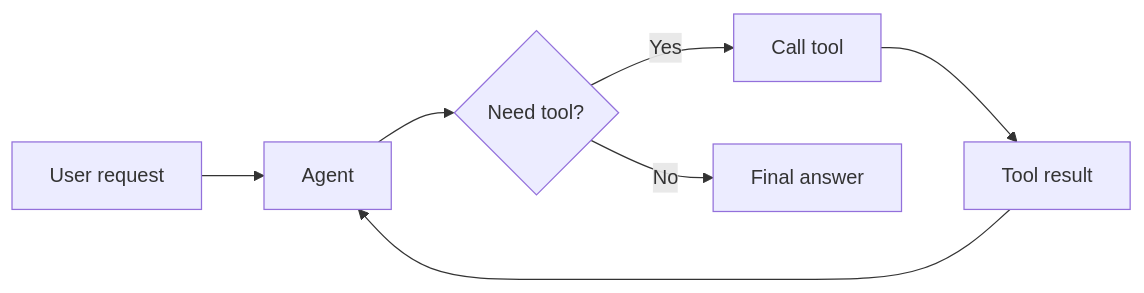
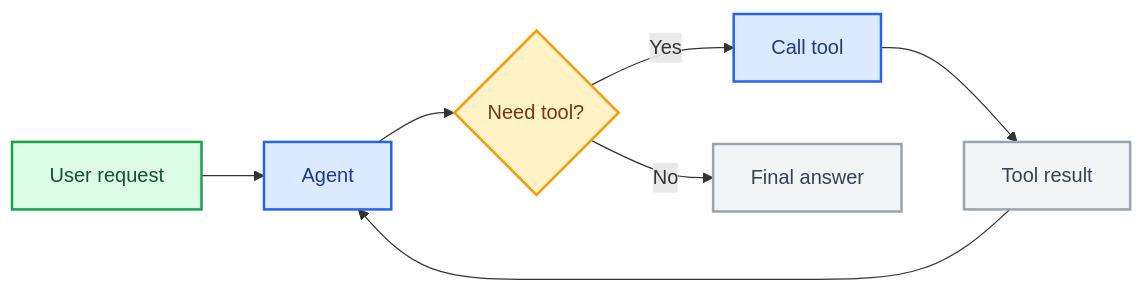
The third of 4 diagrams in src/oss/langchain/component-architecture.mdx (langchain-ai/docs), drawn with Mermaid before and after one commit. The commit also changed other lines of this file and 22 other files, not shown here.

Commit message:
fix mermaids in dark mode

````diff
--- a/src/oss/langchain/component-architecture.mdx
+++ b/src/oss/langchain/component-architecture.mdx
@@ -91,9 +109,19 @@
 ```mermaid
 graph LR
     A[User request] --> B[Agent]
     B --> C{Need tool?}
     C -->|Yes| D[Call tool]
     D --> E[Tool result]
     E --> B
     C -->|No| F[Final answer]
+
+    classDef trigger fill:#DCFCE7,stroke:#16A34A,stroke-width:2px,color:#14532D
+    classDef process fill:#DBEAFE,stroke:#2563EB,stroke-width:2px,color:#1E3A8A
+    classDef decision fill:#FEF3C7,stroke:#F59E0B,stroke-width:2px,color:#78350F
+    classDef neutral fill:#F3F4F6,stroke:#9CA3AF,stroke-width:2px,color:#374151
+
+    class A trigger
+    class B,D process
+    class C decision
+    class E,F neutral
 ```
````
